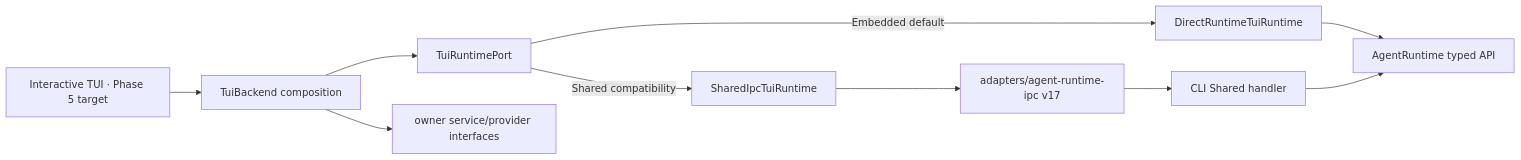
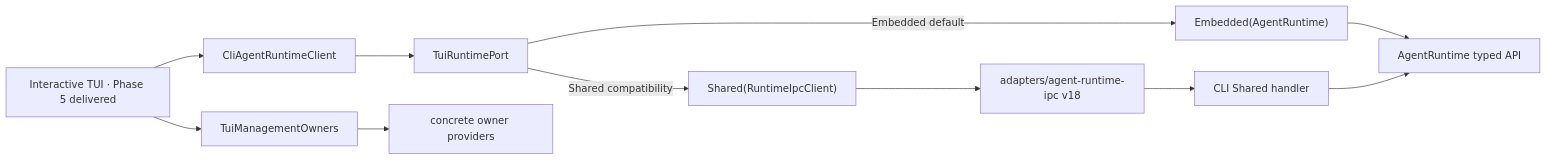
Diagram 13 of 17 in docs/architecture/agent-runtime-deployment-design.md (GCWing/BitFun), drawn with Mermaid before and after one commit. The commit also changed other lines of this file and 181 other files, not shown here.

First line of the commit message:
refactor(cli): use direct runtime for embedded TUI

````diff
--- a/docs/architecture/agent-runtime-deployment-design.md
+++ b/docs/architecture/agent-runtime-deployment-design.md
@@ -378,12 +393,13 @@
 ```mermaid
 flowchart LR
-  TUI["Interactive TUI · Phase 5 target"] --> Composition["TuiBackend composition"]
-  Composition --> Port["TuiRuntimePort"]
-  Port -->|"Embedded default"| Direct["DirectRuntimeTuiRuntime"]
+  TUI["Interactive TUI · Phase 5 delivered"] --> Client["CliAgentRuntimeClient"]
+  Client --> Port["TuiRuntimePort"]
+  Port -->|"Embedded default"| Direct["Embedded(AgentRuntime)"]
   Direct --> Runtime["AgentRuntime typed API"]
-  Composition --> Management["owner service/provider interfaces"]
-  Port -->|"Shared compatibility"| SharedAdapter["SharedIpcTuiRuntime"]
-  SharedAdapter --> IPC["adapters/agent-runtime-ipc v17"]
+  TUI --> Management["TuiManagementOwners"]
+  Management --> Providers["concrete owner providers"]
+  Port -->|"Shared compatibility"| SharedAdapter["Shared(RuntimeIpcClient)"]
+  SharedAdapter --> IPC["adapters/agent-runtime-ipc v18"]
   IPC --> Handler["CLI Shared handler"]
   Handler --> Runtime
 ```
````
